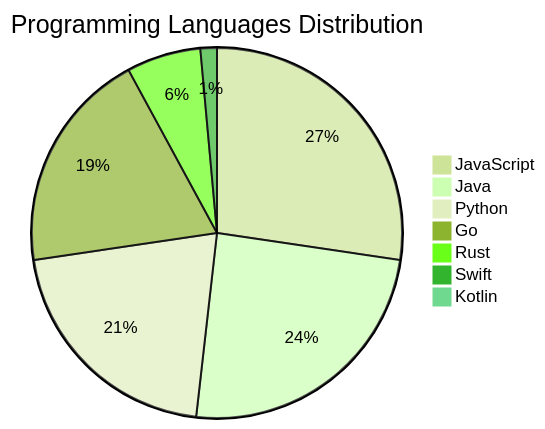
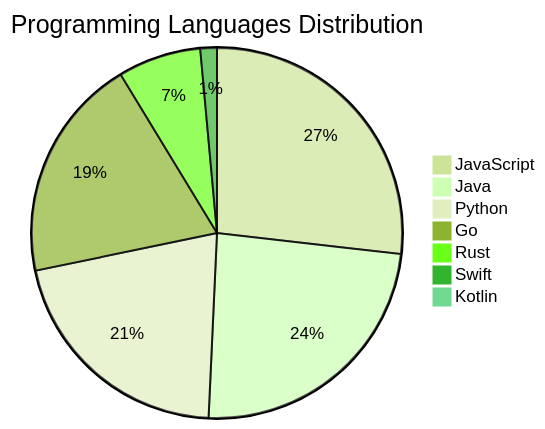
One commit to Derrick-MUGISHA/github-activity-bot changed the diagram in README.md. Above: the diagram before and after it, drawn with Mermaid (forest theme). The commit also changed other lines of this file and 4 other files, not shown here.

````diff
--- a/README.md
+++ b/README.md
@@ -207,10 +207,10 @@
 ```mermaid
 pie title Programming Languages Distribution
-    "JavaScript" : 38
-    "Java" : 34
+    "JavaScript" : 37
+    "Java" : 33
     "Python" : 29
     "Go" : 27
-    "Rust" : 9
+    "Rust" : 10
     "Swift" : 2
     "Kotlin" : 1
 ```
````
